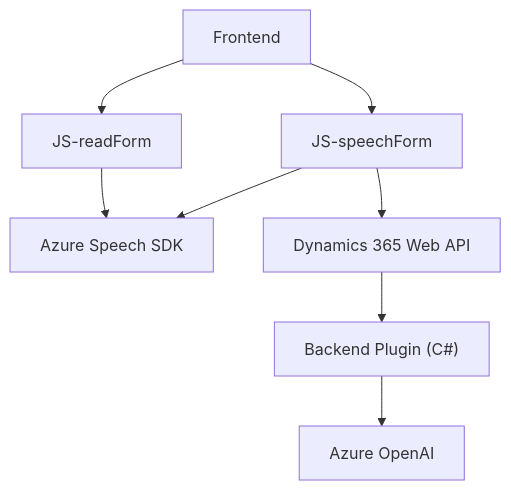
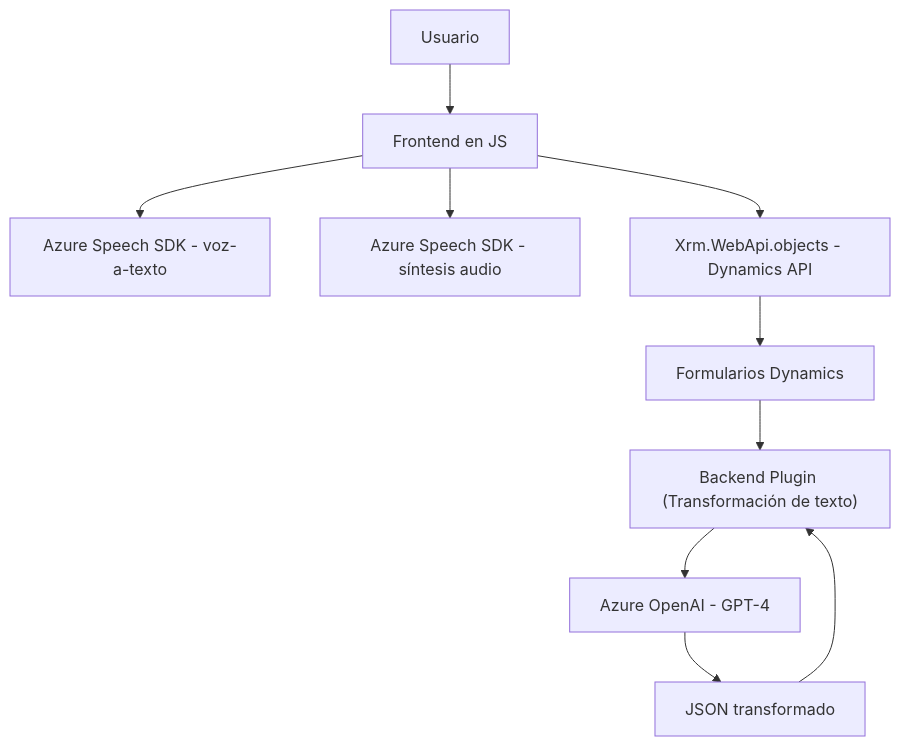
The diagram in README.md (blopezdm/NETCORE_BILBAO2025), drawn with Mermaid before and after one commit. The commit also changed other lines of this file, not shown here.

````diff
--- a/README.md
+++ b/README.md
@@ -40,18 +59,12 @@
 ```mermaid
 graph TD
-    A["Frontend"]
-    B[JS-readForm]
-    C[JS-speechForm]
-    D["Azure Speech SDK"]
-    E["Dynamics 365 Web API"]
-    F["Backend Plugin (C#)"]
-    G["Azure OpenAI"]
-
-    A --> B
-    A --> C
-    B --> D
-    C --> D
-    C --> E
-    E --> F
-    F --> G
+    A["Usuario"] --> B["Frontend en JS"]
+    B --> C["Azure Speech SDK - voz-a-texto"]
+    B --> D["Azure Speech SDK - síntesis audio"]
+    B --> E["Xrm.WebApi.objects - Dynamics API"]
+    E --> F["Formularios Dynamics"]
+    F --> H["Backend Plugin (Transformación de texto)"]
+    H --> I["Azure OpenAI - GPT-4"]
+    I --> J["JSON transformado"]
+    J --> H
 ```
````
